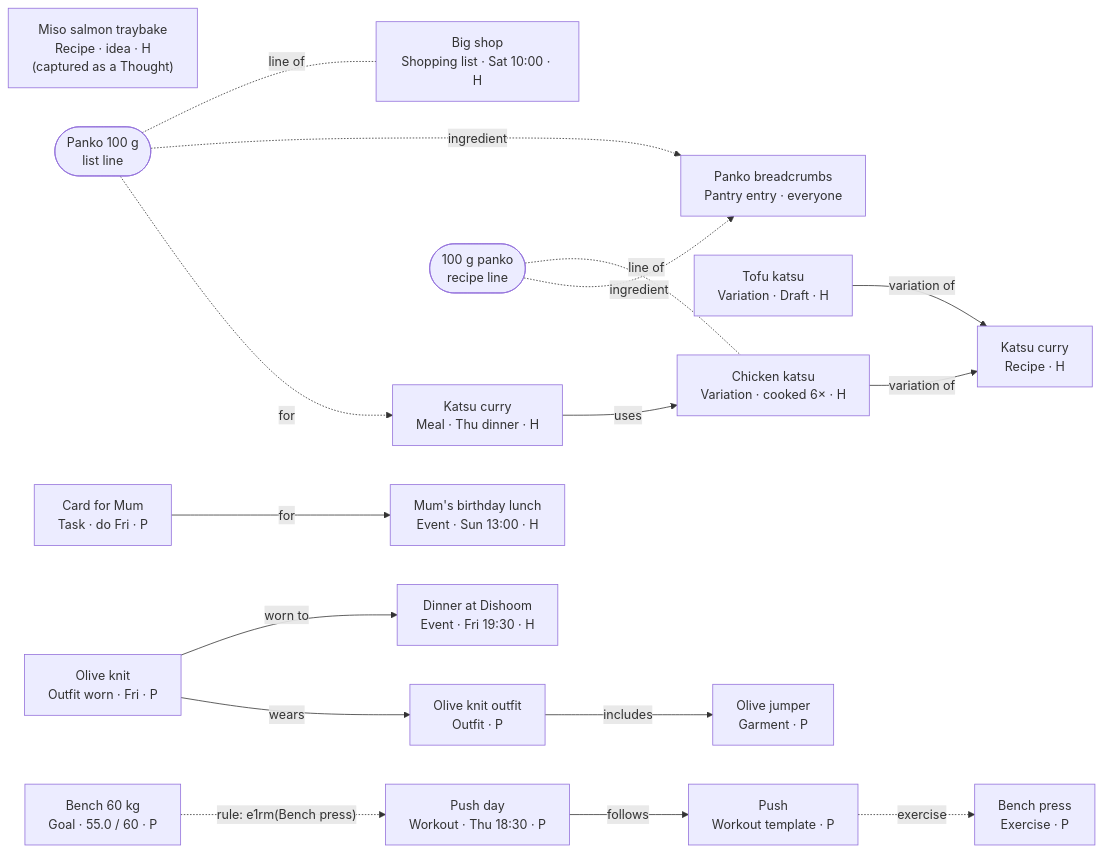
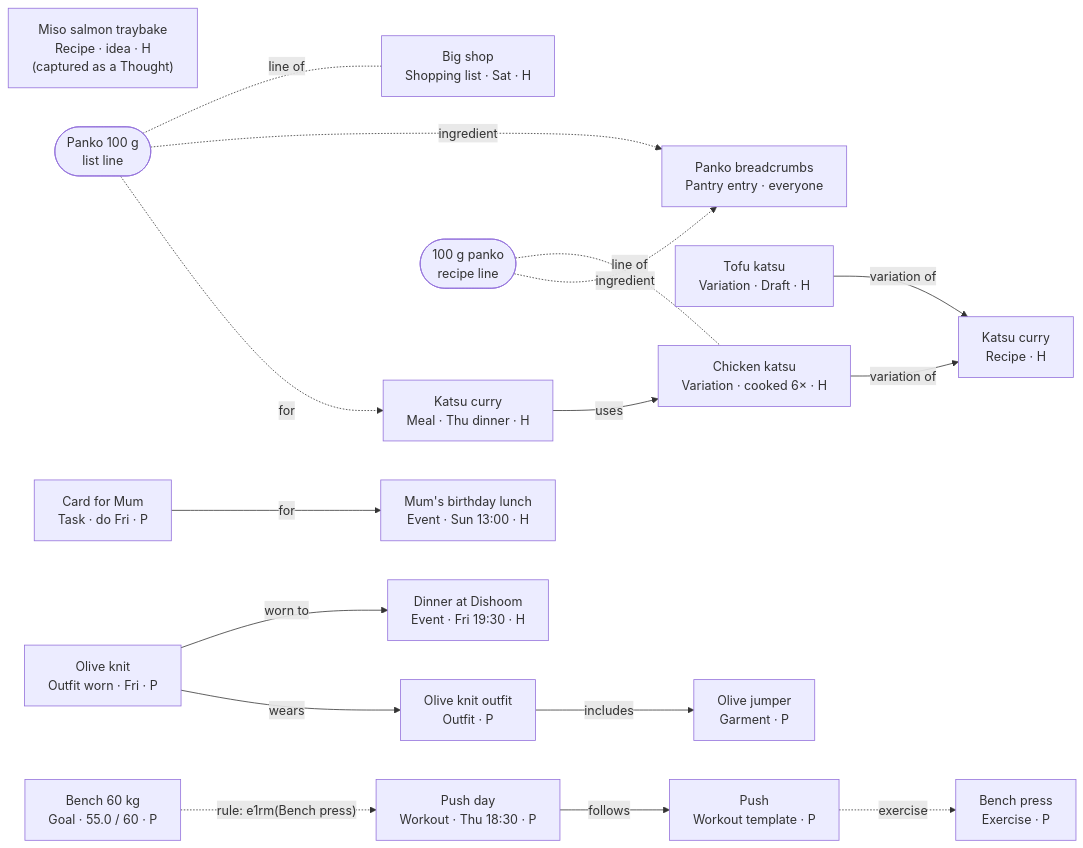
The third of 3 diagrams in docs/20-architecture/data-model.md (joestables/lifeos), drawn with Mermaid before and after one commit. The commit also changed other lines of this file and 15 other files, not shown here.

````diff
--- a/docs/20-architecture/data-model.md
+++ b/docs/20-architecture/data-model.md
@@ -441,38 +441,38 @@
 ```mermaid
 flowchart LR
   RD["Katsu curry<br/>Recipe · H"]
   R1["Chicken katsu<br/>Variation · cooked 6× · H"]
   R2["Tofu katsu<br/>Variation · Draft · H"]
   R3["Miso salmon traybake<br/>Recipe · idea · H<br/>(captured as a Thought)"]
   M["Katsu curry<br/>Meal · Thu dinner · H"]
-  S["Big shop<br/>Shopping list · Sat 10:00 · H"]
+  S["Big shop<br/>Shopping list · Sat · H"]
   L(["Panko 100 g<br/>list line"])
   RL(["100 g panko<br/>recipe line"])
   I["Panko breadcrumbs<br/>Pantry entry · everyone"]
   E1["Dinner at Dishoom<br/>Event · Fri 19:30 · H"]
   E2["Mum's birthday lunch<br/>Event · Sun 13:00 · H"]
   T["Card for Mum<br/>Task · do Fri · P"]
   OW["Olive knit<br/>Outfit worn · Fri · P"]
   O["Olive knit outfit<br/>Outfit · P"]
   G["Olive jumper<br/>Garment · P"]
   W["Push day<br/>Workout · Thu 18:30 · P"]
   TP["Push<br/>Workout template · P"]
   X["Bench press<br/>Exercise · P"]
   GL["Bench 60 kg<br/>Goal · 55.0 / 60 · P"]
 
   M -- uses --> R1
   R1 -- variation of --> RD
   R2 -- variation of --> RD
   RL -. line of .- R1
   RL -. ingredient .-> I
   L -. line of .- S
   L -. ingredient .-> I
   L -. for .-> M
   OW -- worn to --> E1
   OW -- wears --> O
   O -- includes --> G
   T -- for --> E2
   W -- follows --> TP
   TP -. exercise .-> X
   GL -. "rule: e1rm(Bench press)" .-> W
 ```
````
